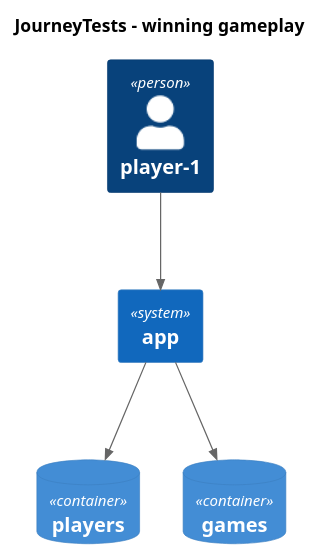
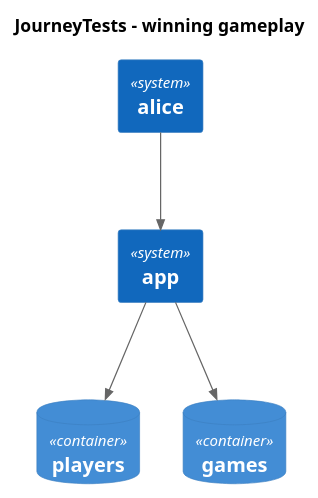
One commit to th3n3rd/http4k-playground changed the diagram in docs/system/generated/JourneyTests - winning gameplay - Interactions.puml. Above: the diagram before and after it, drawn with PlantUML. The commit also changed 5 other files, not shown here.

```diff
--- a/docs/system/generated/JourneyTests - winning gameplay - Interactions.puml
+++ b/docs/system/generated/JourneyTests - winning gameplay - Interactions.puml
@@ -1,14 +1,14 @@
 @startuml
 title JourneyTests - winning gameplay
 
 !include https://raw.githubusercontent.com/plantuml-stdlib/C4-PlantUML/master/C4_Container.puml
 
 
-Person(player1, "player-1")
+System(alice, "alice")
 System(app, "app")
 ContainerDb(players, "players")
 ContainerDb(games, "games")    
-Rel_D(player1, app, " ") 
+Rel_D(alice, app, " ") 
 Rel_D(app, players, " ") 
 Rel_D(app, games, " ")     
 @enduml
```
